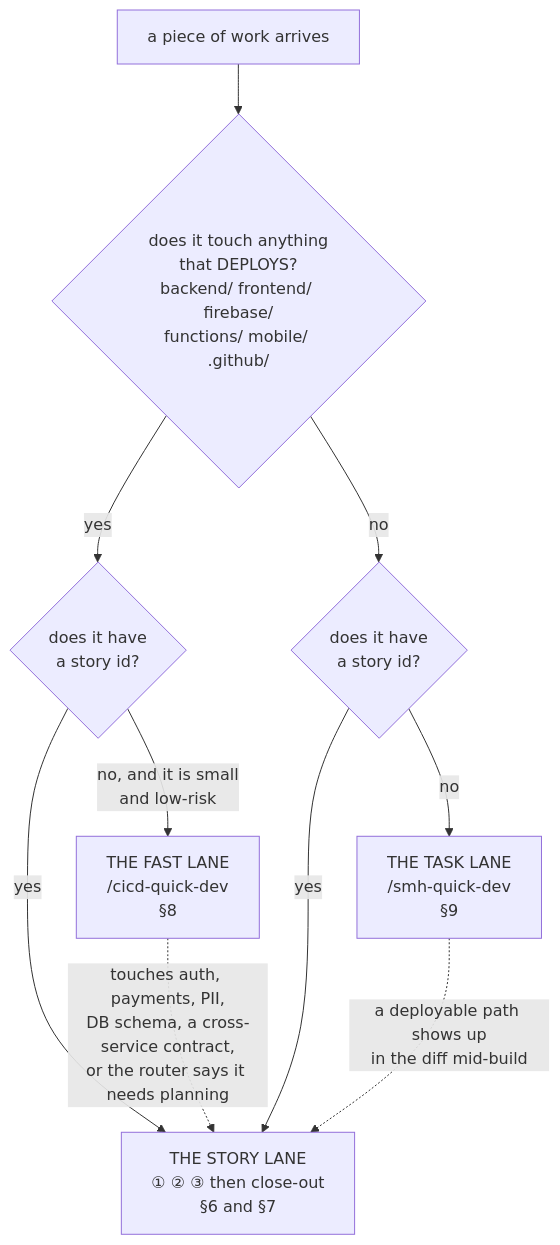
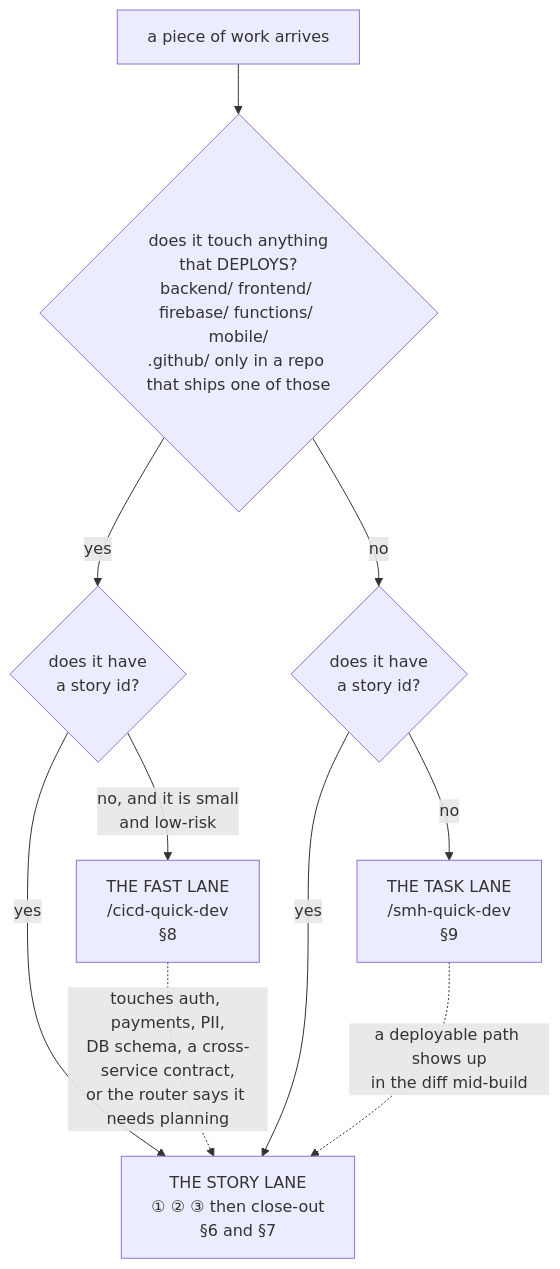
The second of 43 diagrams in docs/_scc_sops_prds/workflows_testing_SOP.md (sudomadhatter/Sudo_Hatter_Command), drawn with Mermaid before and after one commit. The commit also changed other lines of this file and 4 other files, not shown here.

````diff
--- a/docs/_scc_sops_prds/workflows_testing_SOP.md
+++ b/docs/_scc_sops_prds/workflows_testing_SOP.md
@@ -276,12 +302,12 @@
 ```mermaid
 flowchart TD
-    W["a piece of work arrives"] --> D{"does it touch anything\nthat DEPLOYS?\nbackend/ frontend/ firebase/\nfunctions/ mobile/ .github/"}
+    W["a piece of work arrives"] --> D{"does it touch anything\nthat DEPLOYS?\nbackend/ frontend/ firebase/ functions/ mobile/\n.github/ only in a repo that ships one of those"}
     D -- "yes" --> P{"does it have\na story id?"}
     D -- "no" --> T{"does it have\na story id?"}
     P -- "yes" --> LOOP["THE STORY LANE\n① ② ③ then close-out\n§6 and §7"]
     P -- "no, and it is small\nand low-risk" --> FAST["THE FAST LANE\n/cicd-quick-dev\n§8"]
     T -- "yes" --> LOOP
     T -- "no" --> TASK["THE TASK LANE\n/smh-quick-dev\n§9"]
     FAST -.->|"touches auth, payments, PII,\nDB schema, a cross-service contract,\nor the router says it needs planning"| LOOP
     TASK -.->|"a deployable path shows up\nin the diff mid-build"| LOOP
 ```
````
